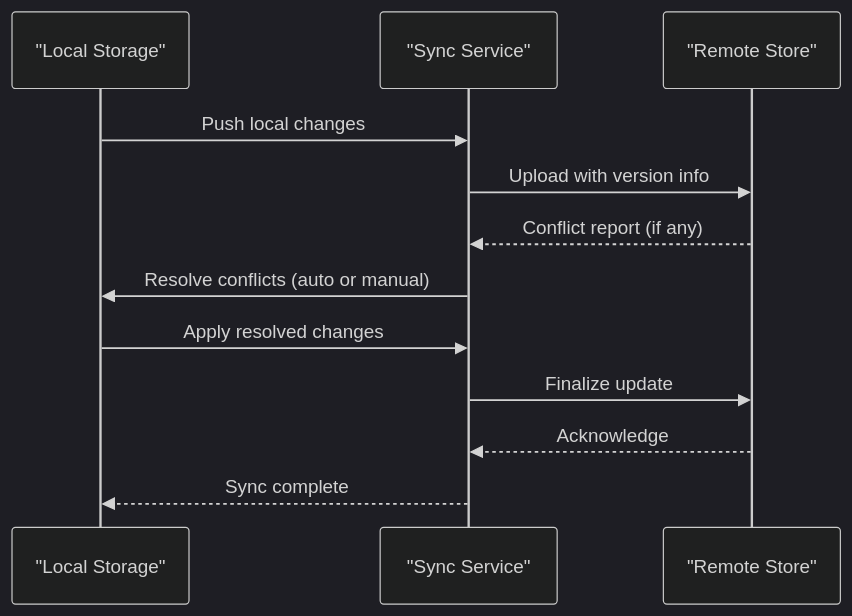
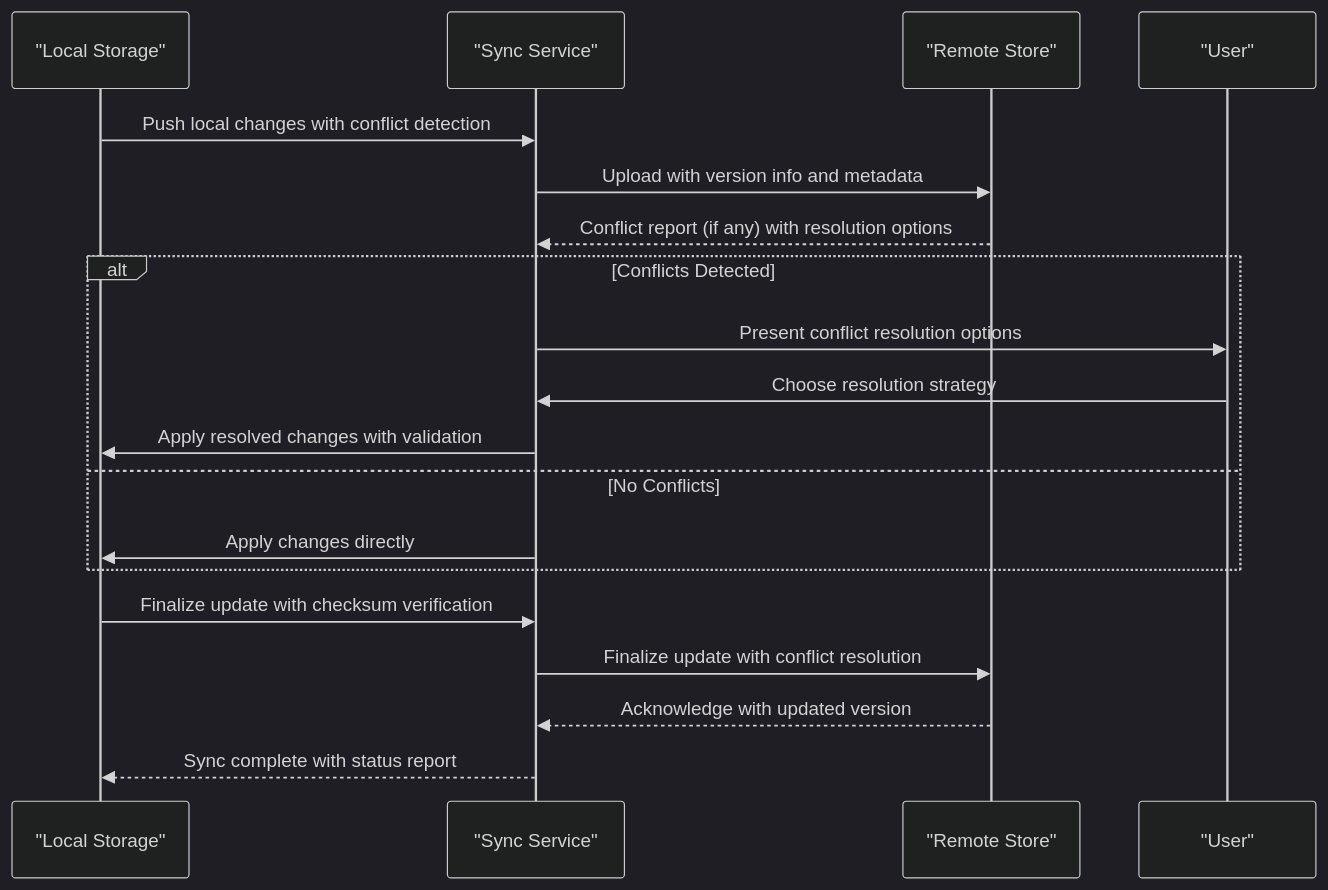
One commit to zmyeo54/briefroom changed the fifth of 5 diagrams in .qoder/repowiki/en/content/Utility Libraries/Settings Configuration.md. Above: the diagram before and after it, drawn with Mermaid (dark theme). The commit also changed other lines of this file and 7 other files, not shown here.

````diff
--- a/.qoder/repowiki/en/content/Utility Libraries/Settings Configuration.md
+++ b/.qoder/repowiki/en/content/Utility Libraries/Settings Configuration.md
@@ -325,14 +446,21 @@
 ```mermaid
 sequenceDiagram
 participant Local as "Local Storage"
 participant Sync as "Sync Service"
 participant Remote as "Remote Store"
-Local->>Sync : Push local changes
-Sync->>Remote : Upload with version info
-Remote-->>Sync : Conflict report (if any)
-Sync->>Local : Resolve conflicts (auto or manual)
-Local->>Sync : Apply resolved changes
-Sync->>Remote : Finalize update
-Remote-->>Sync : Acknowledge
-Sync-->>Local : Sync complete
+participant User as "User"
+Local->>Sync : Push local changes with conflict detection
+Sync->>Remote : Upload with version info and metadata
+Remote-->>Sync : Conflict report (if any) with resolution options
+alt Conflicts Detected
+Sync->>User : Present conflict resolution options
+User->>Sync : Choose resolution strategy
+Sync->>Local : Apply resolved changes with validation
+else No Conflicts
+Sync->>Local : Apply changes directly
+end
+Local->>Sync : Finalize update with checksum verification
+Sync->>Remote : Finalize update with conflict resolution
+Remote-->>Sync : Acknowledge with updated version
+Sync-->>Local : Sync complete with status report
 ```
````
